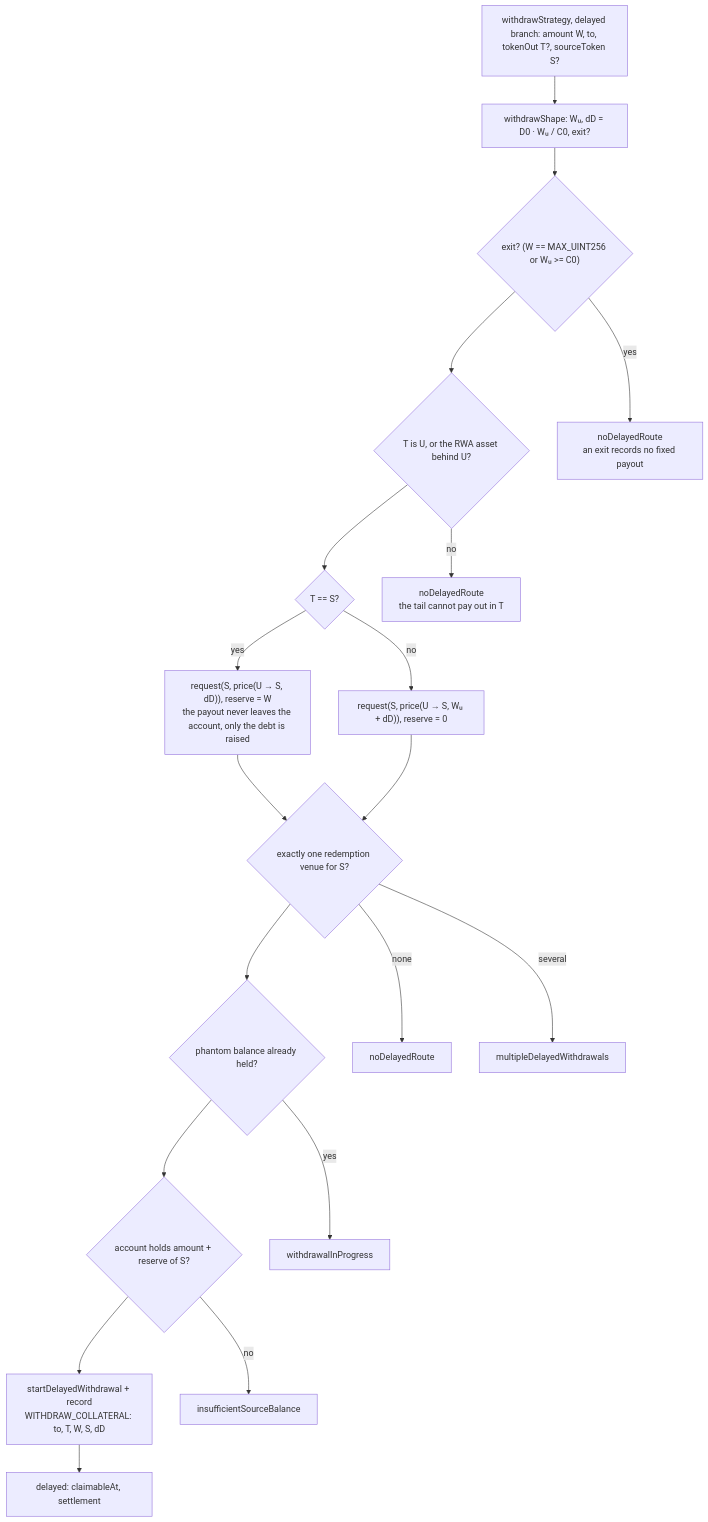
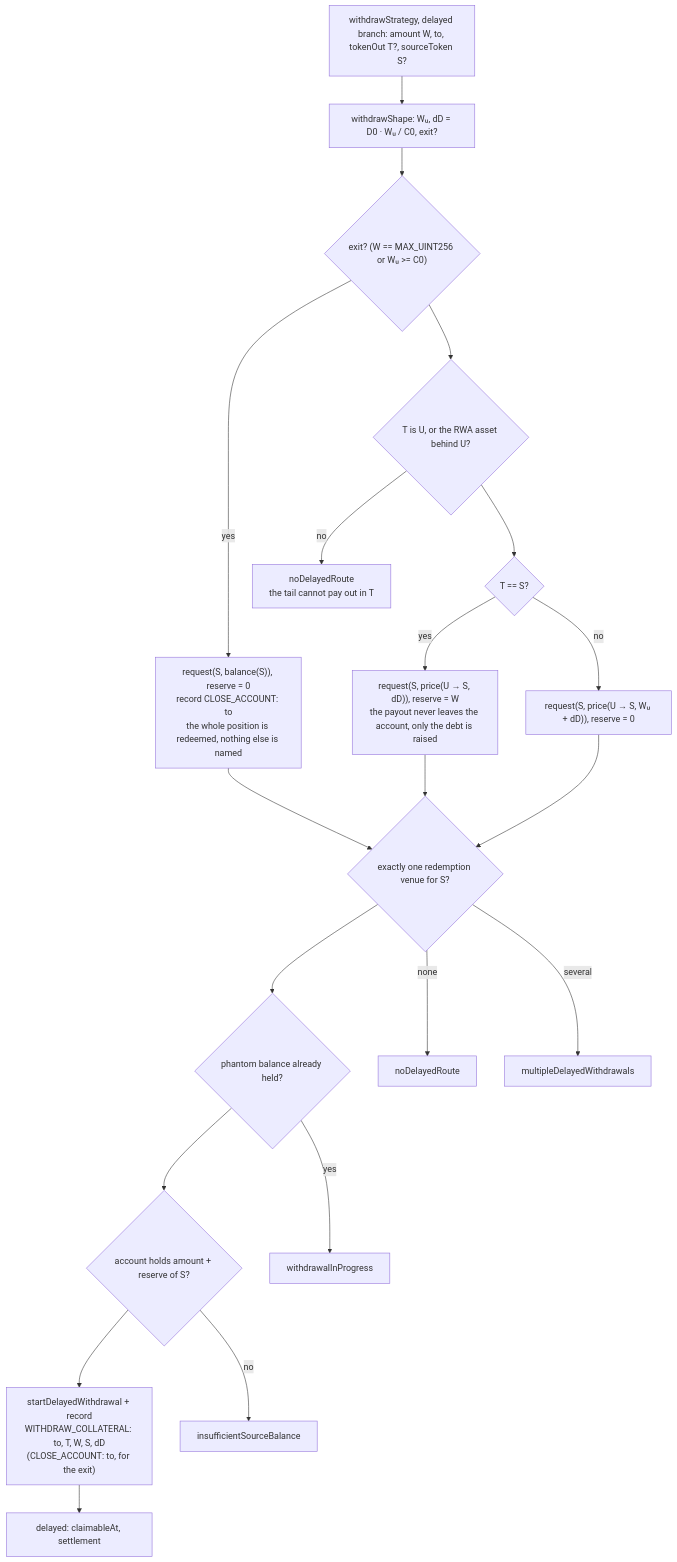
One commit to Gearbox-protocol/sdk changed the second of 8 diagrams in docs/intents/delayed.md. Above: the diagram before and after it, drawn with Mermaid. The commit also changed other lines of this file and 16 other files, not shown here.

````diff
--- a/docs/intents/delayed.md
+++ b/docs/intents/delayed.md
@@ -39,30 +60,30 @@
 ```mermaid
 flowchart TD
   in["withdrawStrategy, delayed branch: amount W, to, tokenOut T?, sourceToken S?"]
   shape["withdrawShape: Wᵤ, dD = D0 · Wᵤ / C0, exit?"]
   all{"exit? (W == MAX_UINT256 or Wᵤ >= C0)"}
   pay{"T is U, or the RWA asset behind U?"}
   src{"T == S?"}
   r1["request(S, price(U → S, dD)), reserve = W<br/>the payout never leaves the account, only the debt is raised"]
   r2["request(S, price(U → S, Wᵤ + dD)), reserve = 0"]
   cfg{"exactly one redemption venue for S?"}
   ph{"phantom balance already held?"}
   holds{"account holds amount + reserve of S?"}
-  op["startDelayedWithdrawal + record<br/>WITHDRAW_COLLATERAL: to, T, W, S, dD"]
+  op["startDelayedWithdrawal + record<br/>WITHDRAW_COLLATERAL: to, T, W, S, dD<br/>(CLOSE_ACCOUNT: to, for the exit)"]
   out["delayed: claimableAt, settlement"]
 
   in --> shape --> all
-  all -->|"yes"| e1["noDelayedRoute<br/>an exit records no fixed payout"]
+  all -->|"yes"| ex["request(S, balance(S)), reserve = 0<br/>record CLOSE_ACCOUNT: to<br/>the whole position is redeemed, nothing else is named"] --> cfg
   all --> pay
   pay -->|"no"| e2["noDelayedRoute<br/>the tail cannot pay out in T"]
   pay --> src
   src -->|"yes"| r1 --> cfg
   src -->|"no"| r2 --> cfg
   cfg -->|"none"| e3["noDelayedRoute"]
   cfg -->|"several"| e4["multipleDelayedWithdrawals"]
   cfg --> ph
   ph -->|"yes"| e5["withdrawalInProgress"]
   ph --> holds
   holds -->|"no"| e6["insufficientSourceBalance"]
   holds --> op --> out
 ```
````
